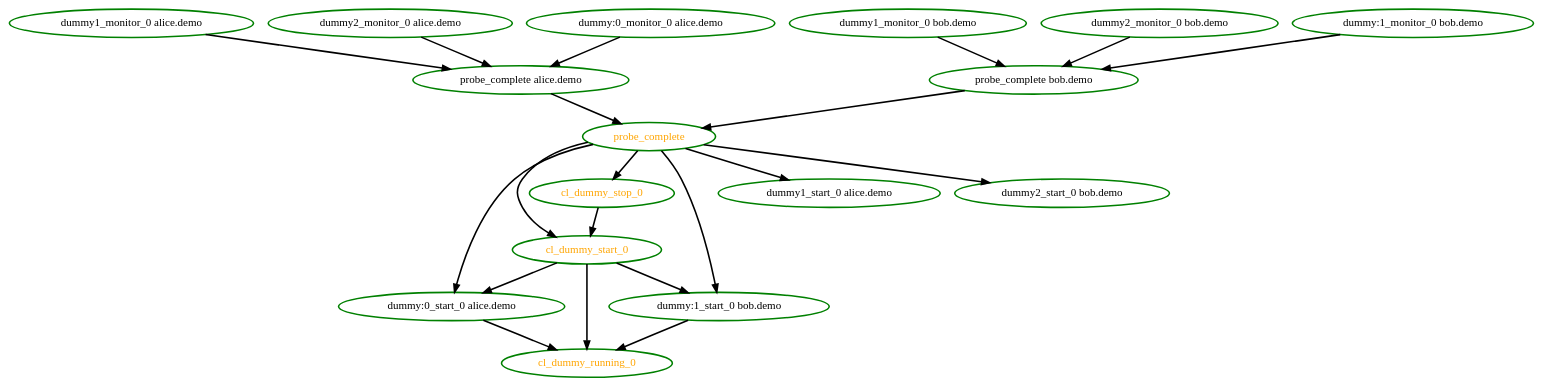
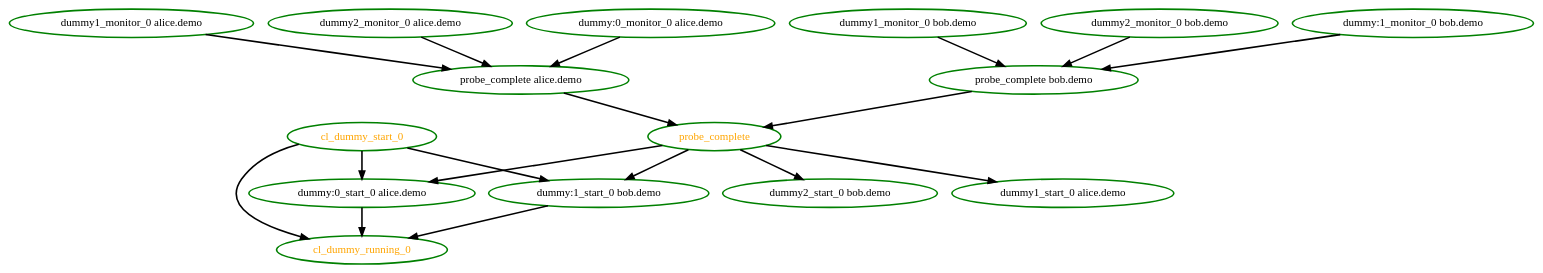
Before and after one commit to ClusterLabs/pacemaker: the diagram in pengine/test10/clone-colocate-instance-1.dot, drawn with Graphviz. The commit also changed 129 other files, not shown here.

```diff
--- a/pengine/test10/clone-colocate-instance-1.dot
+++ b/pengine/test10/clone-colocate-instance-1.dot
@@ -1,38 +1,34 @@
 digraph "g" {
 "cl_dummy_running_0" [ style=bold color="green" fontcolor="orange"  ]
 "cl_dummy_start_0" -> "cl_dummy_running_0" [ style = bold]
 "cl_dummy_start_0" -> "dummy:0_start_0 alice.demo" [ style = bold]
 "cl_dummy_start_0" -> "dummy:1_start_0 bob.demo" [ style = bold]
 "cl_dummy_start_0" [ style=bold color="green" fontcolor="orange"  ]
-"cl_dummy_stop_0" -> "cl_dummy_start_0" [ style = bold]
-"cl_dummy_stop_0" [ style=bold color="green" fontcolor="orange"  ]
 "dummy1_monitor_0 alice.demo" -> "probe_complete alice.demo" [ style = bold]
 "dummy1_monitor_0 alice.demo" [ style=bold color="green" fontcolor="black"  ]
 "dummy1_monitor_0 bob.demo" -> "probe_complete bob.demo" [ style = bold]
 "dummy1_monitor_0 bob.demo" [ style=bold color="green" fontcolor="black"  ]
 "dummy1_start_0 alice.demo" [ style=bold color="green" fontcolor="black"  ]
 "dummy2_monitor_0 alice.demo" -> "probe_complete alice.demo" [ style = bold]
 "dummy2_monitor_0 alice.demo" [ style=bold color="green" fontcolor="black"  ]
 "dummy2_monitor_0 bob.demo" -> "probe_complete bob.demo" [ style = bold]
 "dummy2_monitor_0 bob.demo" [ style=bold color="green" fontcolor="black"  ]
 "dummy2_start_0 bob.demo" [ style=bold color="green" fontcolor="black"  ]
 "dummy:0_monitor_0 alice.demo" -> "probe_complete alice.demo" [ style = bold]
 "dummy:0_monitor_0 alice.demo" [ style=bold color="green" fontcolor="black"  ]
 "dummy:0_start_0 alice.demo" -> "cl_dummy_running_0" [ style = bold]
 "dummy:0_start_0 alice.demo" [ style=bold color="green" fontcolor="black"  ]
 "dummy:1_monitor_0 bob.demo" -> "probe_complete bob.demo" [ style = bold]
 "dummy:1_monitor_0 bob.demo" [ style=bold color="green" fontcolor="black"  ]
 "dummy:1_start_0 bob.demo" -> "cl_dummy_running_0" [ style = bold]
 "dummy:1_start_0 bob.demo" [ style=bold color="green" fontcolor="black"  ]
 "probe_complete alice.demo" -> "probe_complete" [ style = bold]
 "probe_complete alice.demo" [ style=bold color="green" fontcolor="black"  ]
 "probe_complete bob.demo" -> "probe_complete" [ style = bold]
 "probe_complete bob.demo" [ style=bold color="green" fontcolor="black"  ]
-"probe_complete" -> "cl_dummy_start_0" [ style = bold]
-"probe_complete" -> "cl_dummy_stop_0" [ style = bold]
 "probe_complete" -> "dummy1_start_0 alice.demo" [ style = bold]
 "probe_complete" -> "dummy2_start_0 bob.demo" [ style = bold]
 "probe_complete" -> "dummy:0_start_0 alice.demo" [ style = bold]
 "probe_complete" -> "dummy:1_start_0 bob.demo" [ style = bold]
 "probe_complete" [ style=bold color="green" fontcolor="orange"  ]
 }
```
